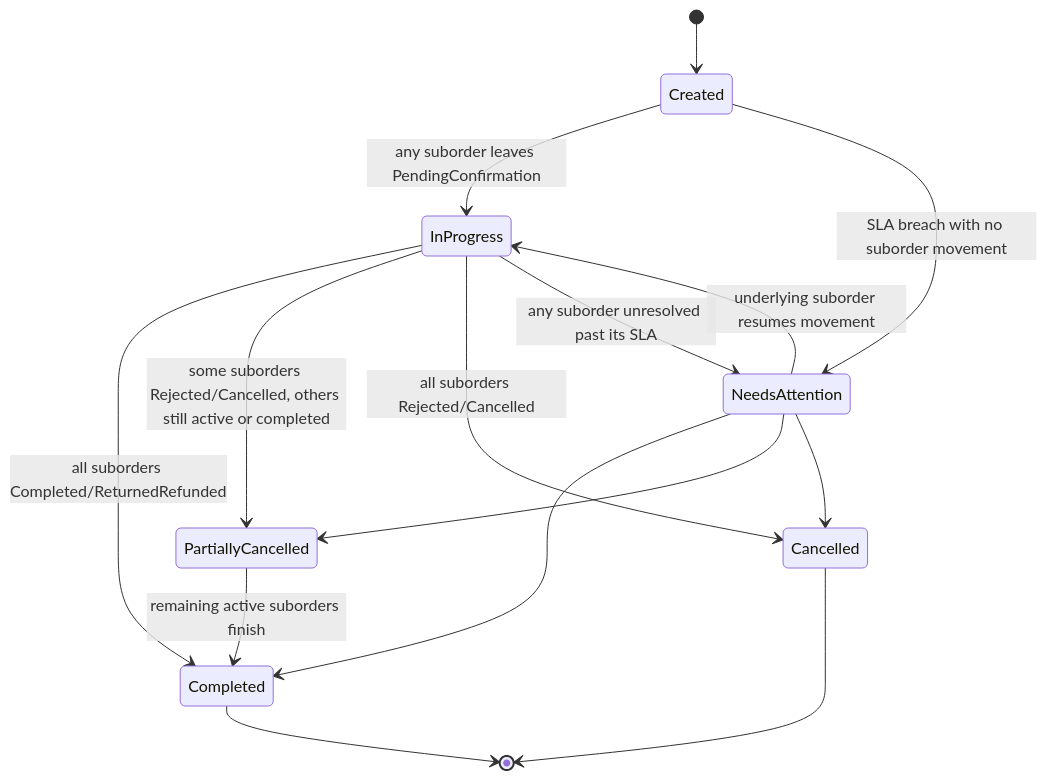
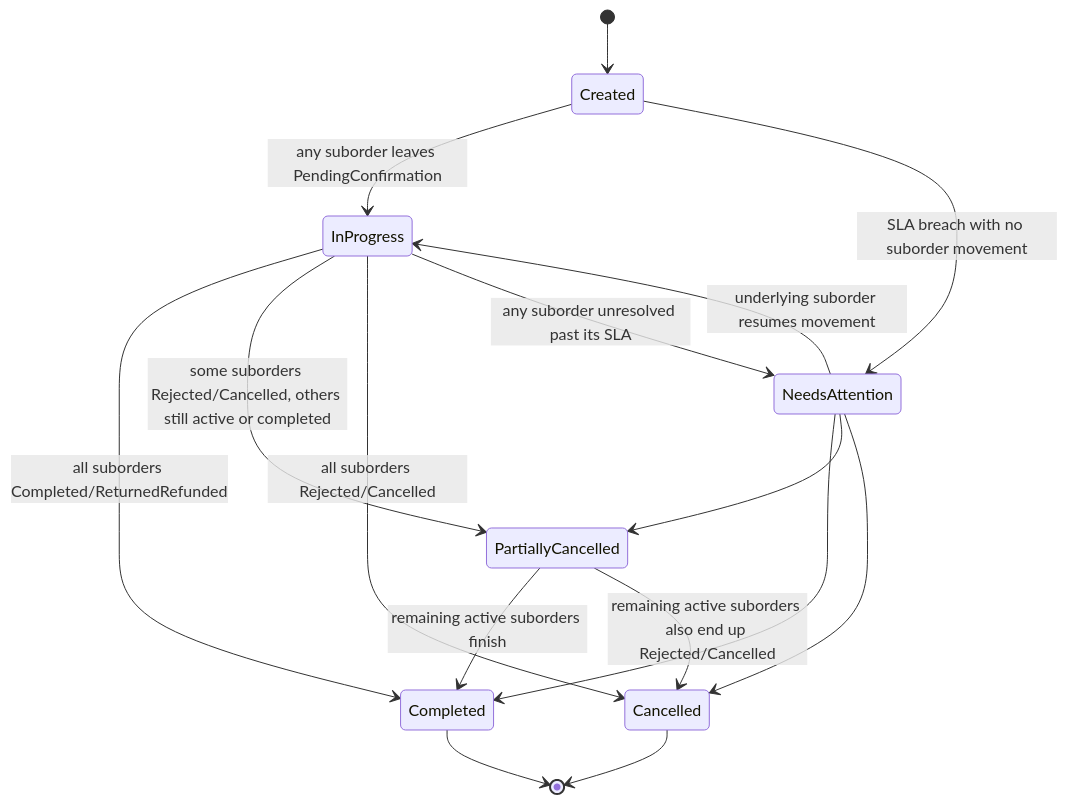
The second of 7 diagrams in docs/srs/02-functional-requirements.md (FINALTALA/FINALPRO), drawn with Mermaid before and after one commit. The commit also changed other lines of this file, not shown here.

First line of the commit message:
Fix remaining Part-2 state-machine gaps flagged by audit

````diff
--- a/docs/srs/02-functional-requirements.md
+++ b/docs/srs/02-functional-requirements.md
@@ -256,17 +256,18 @@
 ```mermaid
 stateDiagram-v2
     [*] --> Created
     Created --> InProgress: any suborder leaves PendingConfirmation
     Created --> NeedsAttention: SLA breach with no suborder movement
     InProgress --> Completed: all suborders Completed/ReturnedRefunded
     InProgress --> PartiallyCancelled: some suborders Rejected/Cancelled, others still active or completed
     InProgress --> Cancelled: all suborders Rejected/Cancelled
     InProgress --> NeedsAttention: any suborder unresolved past its SLA
     NeedsAttention --> InProgress: underlying suborder resumes movement
     NeedsAttention --> Completed
     NeedsAttention --> PartiallyCancelled
     NeedsAttention --> Cancelled
     PartiallyCancelled --> Completed: remaining active suborders finish
+    PartiallyCancelled --> Cancelled: remaining active suborders also end up Rejected/Cancelled
     Completed --> [*]
     Cancelled --> [*]
 ```
````
